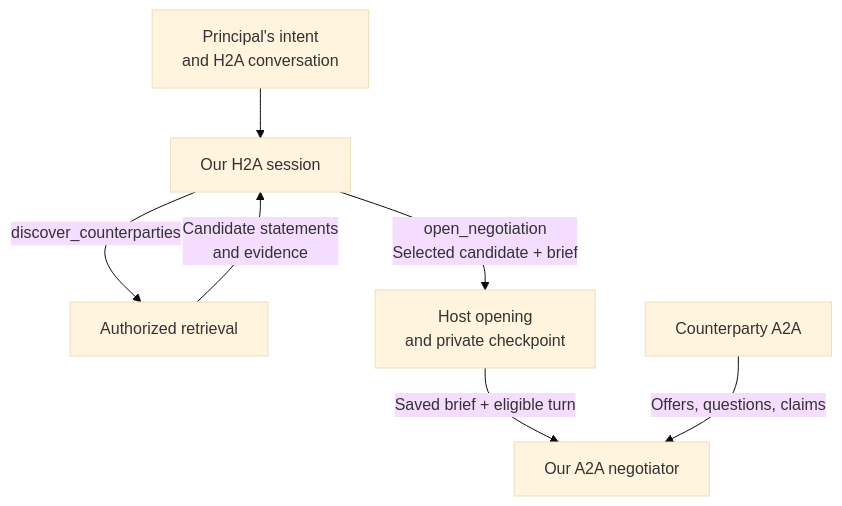
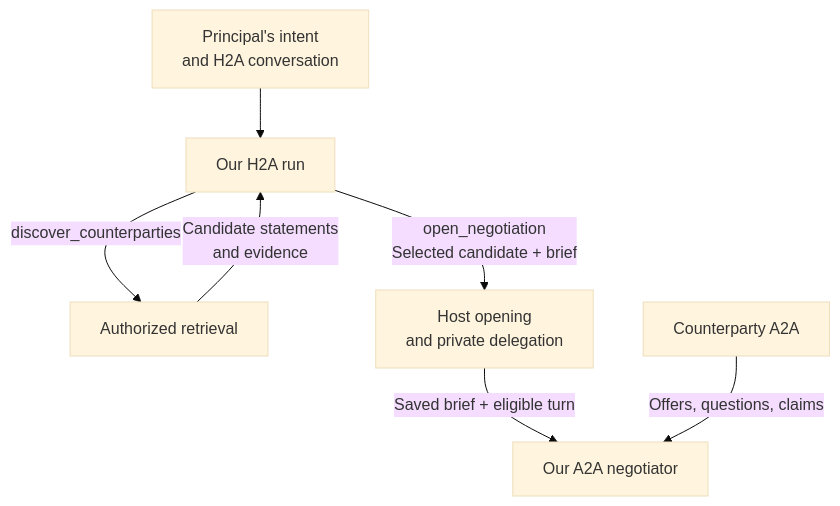
The first of 3 diagrams in docs/agent-enhancement/design.md (indexnetwork/index), drawn with Mermaid (base theme) before and after one commit. The commit also changed other lines of this file and 9 other files, not shown here.

````diff
--- a/docs/agent-enhancement/design.md
+++ b/docs/agent-enhancement/design.md
@@ -8,9 +8,9 @@
 ```mermaid
 flowchart TD
-    P["Principal's intent<br/>and H2A conversation"] --> H["Our H2A session"]
+    P["Principal's intent<br/>and H2A conversation"] --> H["Our H2A run"]
     H -->|"discover_counterparties"| D["Authorized retrieval"]
     D -->|"Candidate statements<br/>and evidence"| H
-    H -->|"open_negotiation<br/>Selected candidate + brief"| O["Host opening<br/>and private checkpoint"]
+    H -->|"open_negotiation<br/>Selected candidate + brief"| O["Host opening<br/>and private delegation"]
     O -->|"Saved brief + eligible turn"| A["Our A2A negotiator"]
     C["Counterparty A2A"] -->|"Offers, questions, claims"| A
 ```
````
